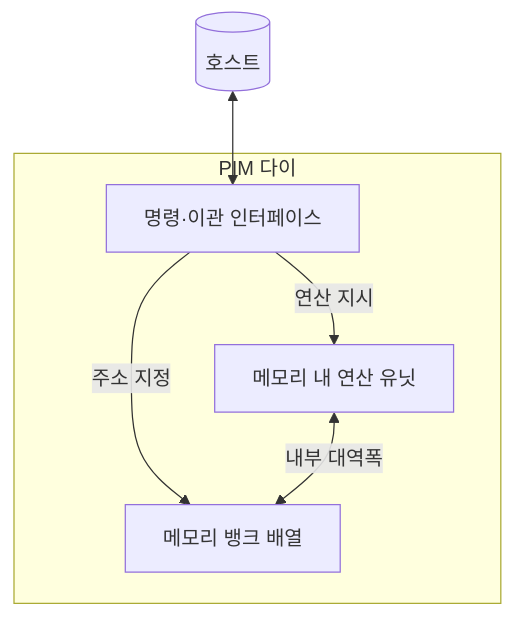
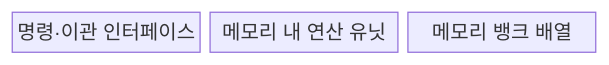
The first of 2 diagrams in src/content/docs/notes/02-hardware/026_pim.md (agnusdei1207/knowledge-base), drawn with Mermaid before and after one commit. The commit also changed other lines of this file and 20 other files, not shown here.

````diff
--- a/src/content/docs/notes/02-hardware/026_pim.md
+++ b/src/content/docs/notes/02-hardware/026_pim.md
@@ -69,12 +67,7 @@
 ```mermaid
-flowchart TB
-    H[(호스트)] <--> I
-    subgraph PIM_DIE["PIM 다이"]
-        I[명령·이관 인터페이스]
-        U[메모리 내 연산 유닛]
-        A[메모리 뱅크 배열]
-        I -->|연산 지시| U
-        I -->|주소 지정| A
-        U <-->|내부 대역폭| A
-    end
+block
+    columns 3
+    I["명령·이관 인터페이스"]
+    U["메모리 내 연산 유닛"]
+    A["메모리 뱅크 배열"]
 ```
````
